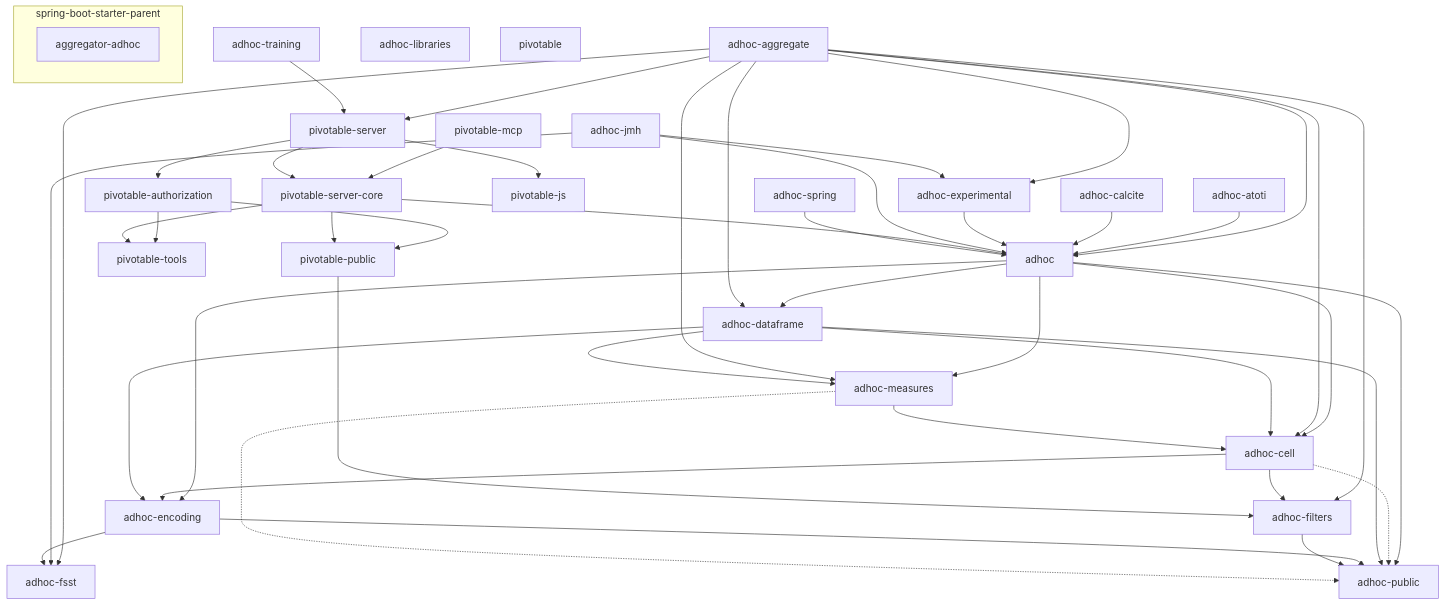
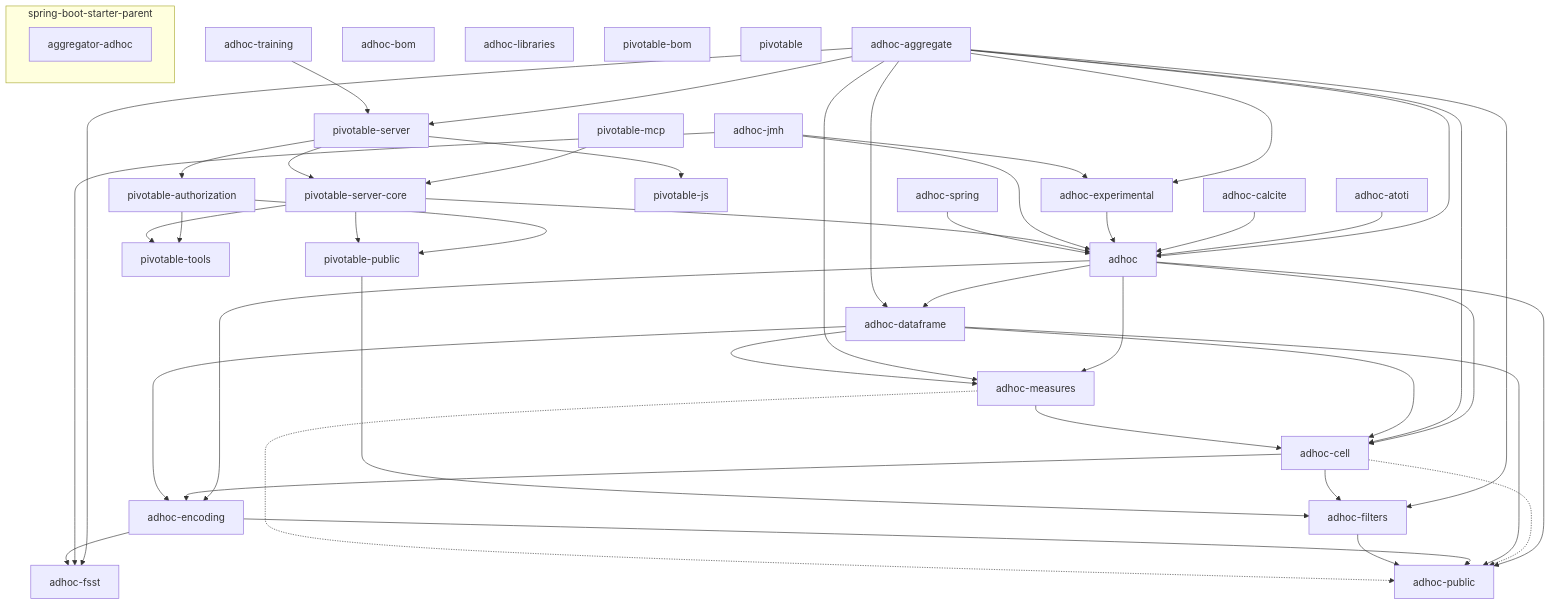
One commit to solven-eu/adhoc changed the diagram in docs/DEPENDENCIES.mmd. Above: the diagram before and after it, drawn with Mermaid. The commit also changed 8 other files, not shown here.

```diff
--- a/docs/DEPENDENCIES.mmd
+++ b/docs/DEPENDENCIES.mmd
@@ -1,73 +1,75 @@
 flowchart TD
     adhoc["adhoc"]
     adhoc_aggregate["adhoc-aggregate"]
     adhoc_atoti["adhoc-atoti"]
+    adhoc_bom["adhoc-bom"]
     adhoc_calcite["adhoc-calcite"]
     adhoc_experimental["adhoc-experimental"]
     adhoc_jmh["adhoc-jmh"]
     adhoc_cell["adhoc-cell"]
     adhoc_dataframe["adhoc-dataframe"]
     adhoc_encoding["adhoc-encoding"]
     adhoc_filters["adhoc-filters"]
     adhoc_fsst["adhoc-fsst"]
     adhoc_measures["adhoc-measures"]
     adhoc_libraries["adhoc-libraries"]
     pivotable_authorization["pivotable-authorization"]
+    pivotable_bom["pivotable-bom"]
     pivotable_js["pivotable-js"]
     pivotable_mcp["pivotable-mcp"]
     pivotable["pivotable"]
     pivotable_public["pivotable-public"]
     pivotable_server_core["pivotable-server-core"]
     pivotable_server["pivotable-server"]
     pivotable_tools["pivotable-tools"]
     adhoc_public["adhoc-public"]
     adhoc_spring["adhoc-spring"]
     adhoc_training["adhoc-training"]
 
     subgraph spring-boot-starter-parent
         aggregator_adhoc["aggregator-adhoc"]
     end
 
     adhoc --> adhoc_public
     adhoc --> adhoc_encoding
     adhoc --> adhoc_dataframe
     adhoc --> adhoc_cell
     adhoc --> adhoc_measures
     adhoc_aggregate --> adhoc_fsst
     adhoc_aggregate --> adhoc_cell
     adhoc_aggregate --> adhoc_filters
     adhoc_aggregate --> adhoc_measures
     adhoc_aggregate --> adhoc_dataframe
     adhoc_aggregate --> adhoc
     adhoc_aggregate --> adhoc_experimental
     adhoc_aggregate --> pivotable_server
     adhoc_atoti --> adhoc
     adhoc_calcite --> adhoc
     adhoc_experimental --> adhoc
     adhoc_jmh --> adhoc
     adhoc_jmh --> adhoc_experimental
     adhoc_jmh --> adhoc_fsst
     adhoc_cell --> adhoc_encoding
     adhoc_cell --> adhoc_filters
     adhoc_cell -.-> adhoc_public
     adhoc_dataframe --> adhoc_public
     adhoc_dataframe --> adhoc_encoding
     adhoc_dataframe --> adhoc_cell
     adhoc_dataframe --> adhoc_measures
     adhoc_encoding --> adhoc_public
     adhoc_encoding --> adhoc_fsst
     adhoc_filters --> adhoc_public
     adhoc_measures --> adhoc_cell
     adhoc_measures -.-> adhoc_public
     pivotable_authorization --> pivotable_tools
     pivotable_authorization --> pivotable_public
     pivotable_mcp --> pivotable_server_core
     pivotable_public --> adhoc_filters
     pivotable_server_core --> adhoc
     pivotable_server_core --> pivotable_tools
     pivotable_server_core --> pivotable_public
     pivotable_server --> pivotable_server_core
     pivotable_server --> pivotable_authorization
     pivotable_server --> pivotable_js
     adhoc_spring --> adhoc
     adhoc_training --> pivotable_server
```
